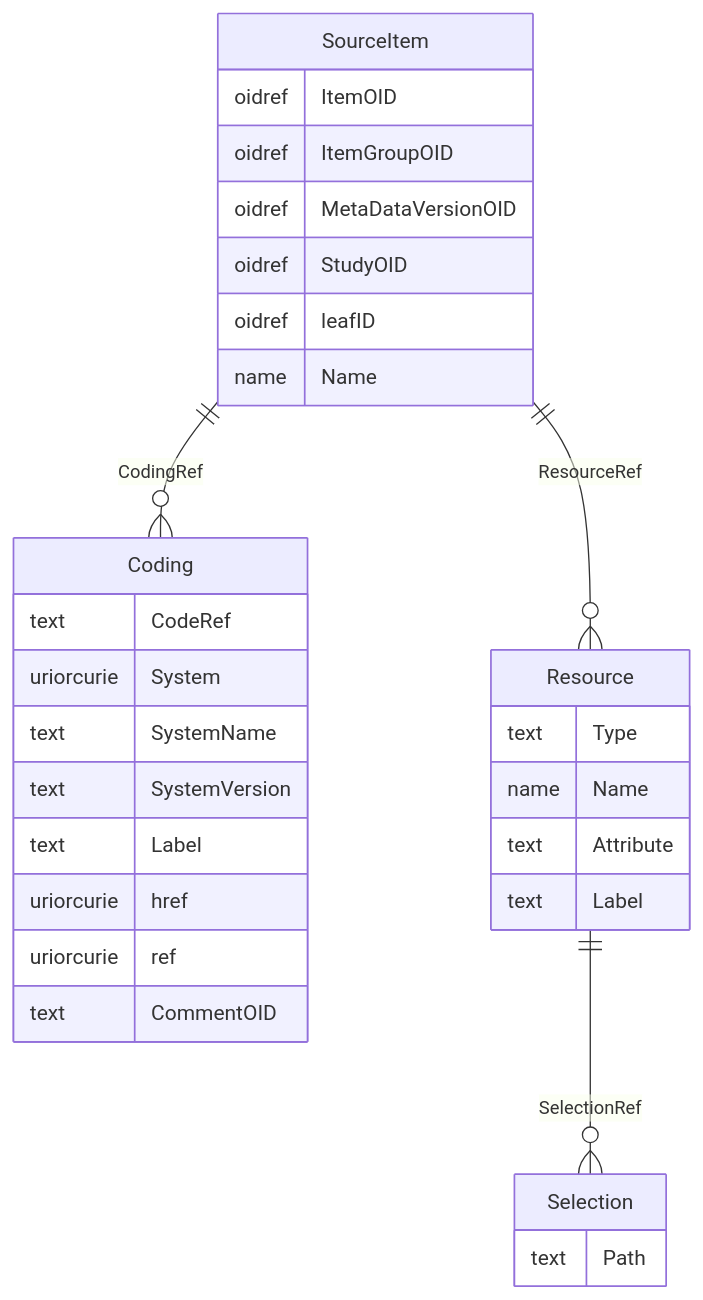
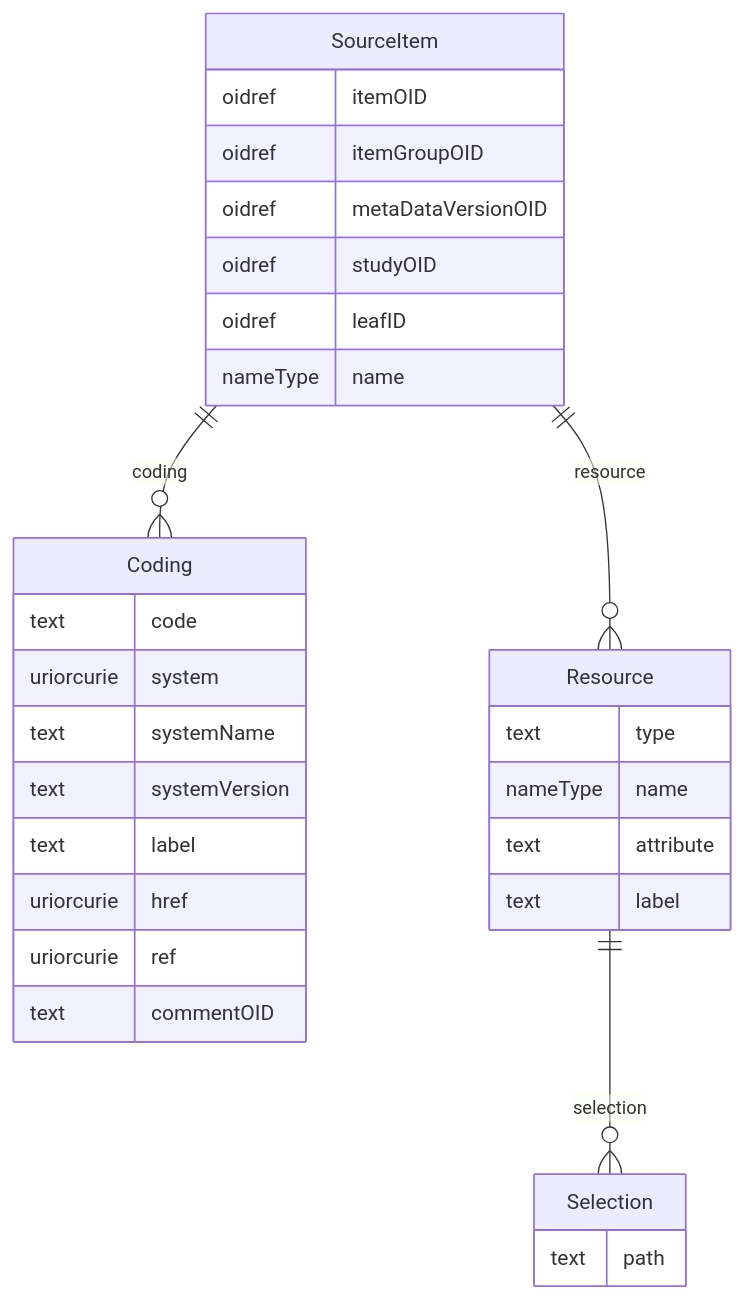
One commit to cdisc-org/DataExchange-ODM-LinkML changed the diagram in docs/SourceItem.md. Above: the diagram before and after it, drawn with Mermaid. The commit also changed other lines of this file and 759 other files, not shown here.

````diff
--- a/docs/SourceItem.md
+++ b/docs/SourceItem.md
@@ -11,35 +11,35 @@
 ```mermaid
 erDiagram
 SourceItem {
-    oidref ItemOID  
-    oidref ItemGroupOID  
-    oidref MetaDataVersionOID  
-    oidref StudyOID  
+    oidref itemOID  
+    oidref itemGroupOID  
+    oidref metaDataVersionOID  
+    oidref studyOID  
     oidref leafID  
-    name Name  
+    nameType name  
 }
 Coding {
-    text CodeRef  
-    uriorcurie System  
-    text SystemName  
-    text SystemVersion  
-    text Label  
+    text code  
+    uriorcurie system  
+    text systemName  
+    text systemVersion  
+    text label  
     uriorcurie href  
     uriorcurie ref  
-    text CommentOID  
+    text commentOID  
 }
 Resource {
-    text Type  
-    name Name  
-    text Attribute  
-    text Label  
+    text type  
+    nameType name  
+    text attribute  
+    text label  
 }
 Selection {
-    text Path  
+    text path  
 }
 
-SourceItem ||--}o Resource : "ResourceRef"
-SourceItem ||--}o Coding : "CodingRef"
-Resource ||--}o Selection : "SelectionRef"
+SourceItem ||--}o Resource : "resource"
+SourceItem ||--}o Coding : "coding"
+Resource ||--}o Selection : "selection"
 
 ```
````
